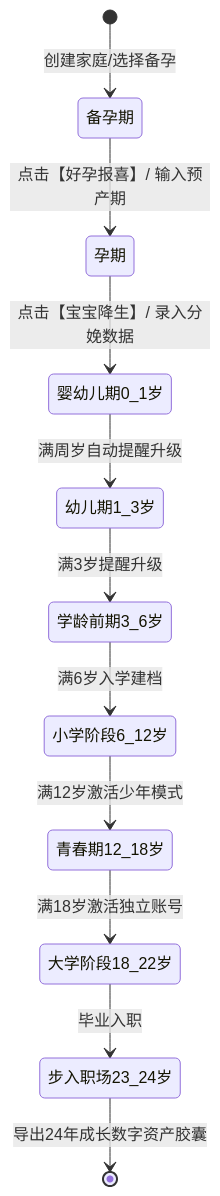
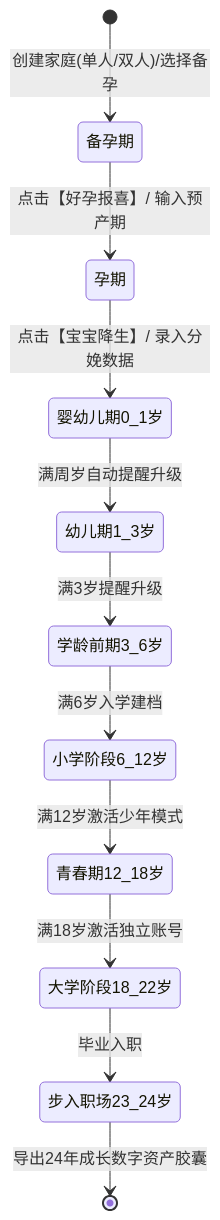
The diagram in docs/01_产品需求规格说明书_PRD.md (Tshameless/24years), drawn with Mermaid before and after one commit. The commit also changed other lines of this file and 3 other files, not shown here.

````diff
--- a/docs/01_产品需求规格说明书_PRD.md
+++ b/docs/01_产品需求规格说明书_PRD.md
@@ -22,13 +31,13 @@
 ```mermaid
 stateDiagram-v2
-    [*] --> 备孕期: 创建家庭/选择备孕
+    [*] --> 备孕期: 创建家庭(单人/双人)/选择备孕
     备孕期 --> 孕期: 点击【好孕报喜】/ 输入预产期
     孕期 --> 婴幼儿期0_1岁: 点击【宝宝降生】/ 录入分娩数据
     婴幼儿期0_1岁 --> 幼儿期1_3岁: 满周岁自动提醒升级
     幼儿期1_3岁 --> 学龄前期3_6岁: 满3岁提醒升级
     学龄前期3_6岁 --> 小学阶段6_12岁: 满6岁入学建档
     小学阶段6_12岁 --> 青春期12_18岁: 满12岁激活少年模式
     青春期12_18岁 --> 大学阶段18_22岁: 满18岁激活独立账号
     大学阶段18_22岁 --> 步入职场23_24岁: 毕业入职
     步入职场23_24岁 --> [*]: 导出24年成长数字资产胶囊
 ```
````
